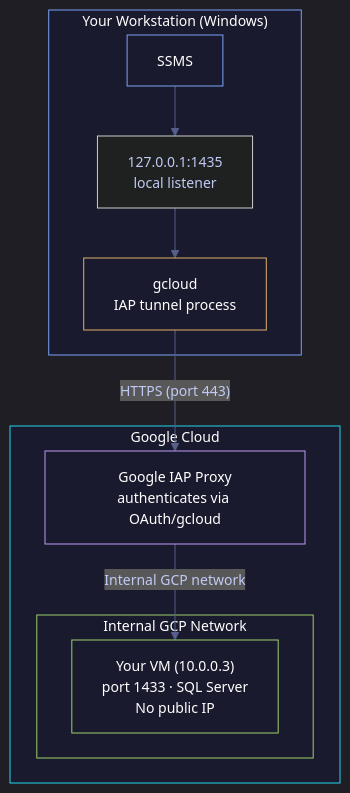
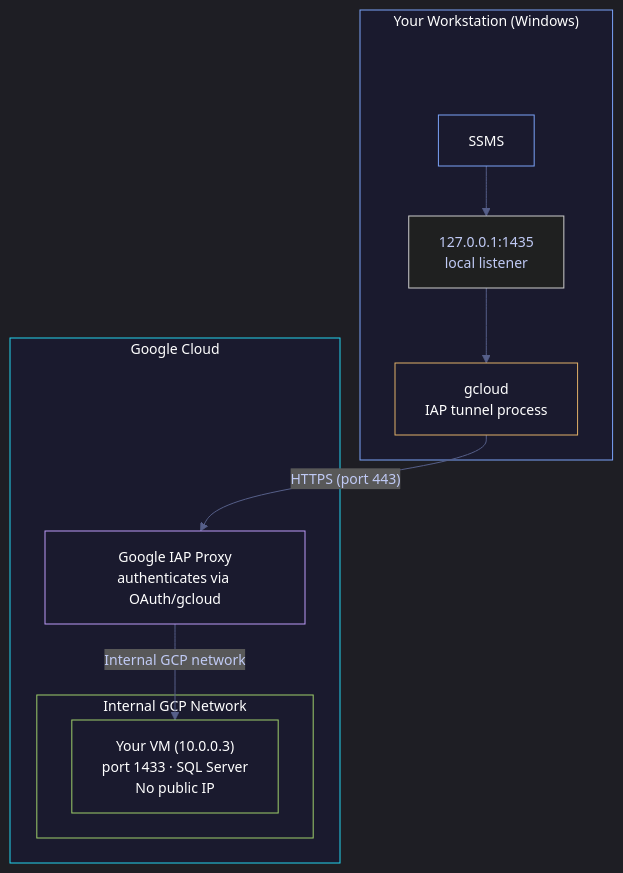
The diagram in content/01-Shell/05-Networking/05-iap-tunneling.md (alp78/elysium), drawn with Mermaid before and after one commit. The commit also changed 216 other files, not shown here.

````diff
--- a/content/01-Shell/05-Networking/05-iap-tunneling.md
+++ b/content/01-Shell/05-Networking/05-iap-tunneling.md
@@ -87,28 +87,34 @@
 ```mermaid
 %%{init: {'theme': 'dark', 'themeVariables': {'primaryColor': '#292e42','primaryTextColor': '#c0caf5','primaryBorderColor': '#565f89','lineColor': '#565f89','secondaryColor': '#1a1b26','tertiaryColor': '#24283b','noteTextColor': '#c0caf5','noteBkgColor': '#292e42','textColor': '#c0caf5','fontSize': '14px'}}}%%
 flowchart TD
     subgraph WS["Your Workstation (Windows)"]
+        WSPAD[" "]
         SSMS["SSMS"]
         LOCAL["127.0.0.1:1435<br>local listener"]
         GCLOUD["gcloud<br>IAP tunnel process"]
+        WSPAD ~~~ SSMS
         SSMS --> LOCAL --> GCLOUD
     end
 
     subgraph GOOGLE["Google Cloud"]
+        GCPPAD[" "]
         IAP["Google IAP Proxy<br>authenticates via OAuth/gcloud"]
         subgraph VPC["Internal GCP Network"]
             VM["Your VM (10.0.0.3)<br>port 1433 · SQL Server<br>No public IP"]
         end
+        GCPPAD ~~~ IAP
         IAP -->|"Internal GCP network"| VM
     end
 
     GCLOUD -->|"HTTPS (port 443)"| IAP
 
     style WS fill:#1a1a2e,stroke:#7aa2f7,color:#fff
     style GOOGLE fill:#1a1a2e,stroke:#22d3ee,color:#fff
+    style WSPAD fill:transparent,stroke:transparent,color:transparent
+    style GCPPAD fill:transparent,stroke:transparent,color:transparent
     style VPC fill:#1a1a2e,stroke:#9ece6a,color:#fff
     style IAP fill:#1a1a2e,stroke:#bb9af7,color:#fff
     style VM fill:#1a1a2e,stroke:#9ece6a,color:#fff
     style SSMS fill:#1a1a2e,stroke:#7aa2f7,color:#fff
     style GCLOUD fill:#1a1a2e,stroke:#e0af68,color:#fff
 ```
````
